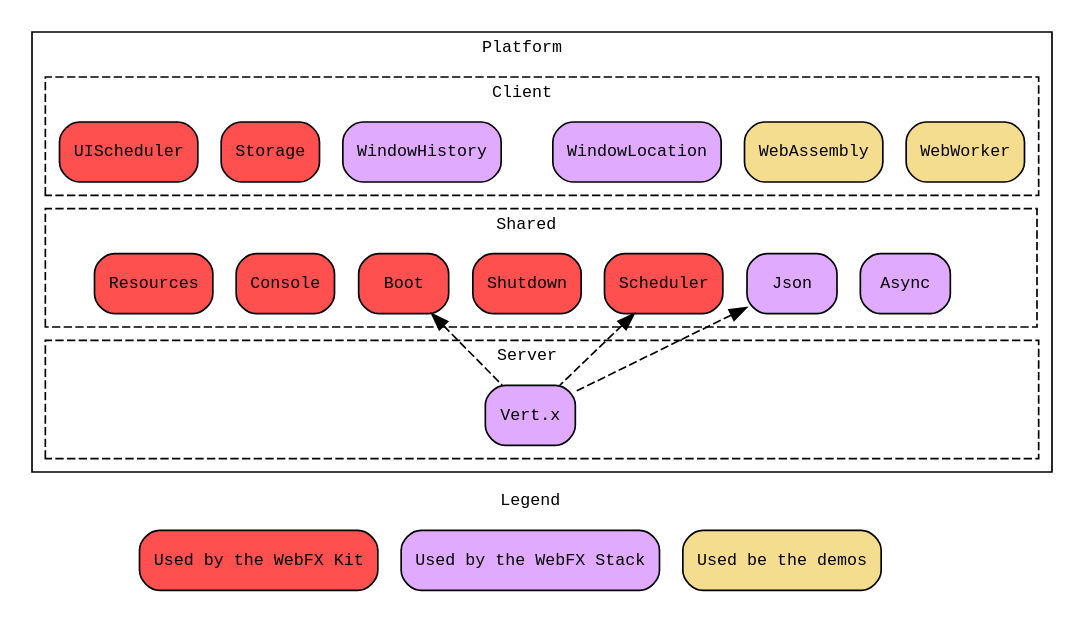
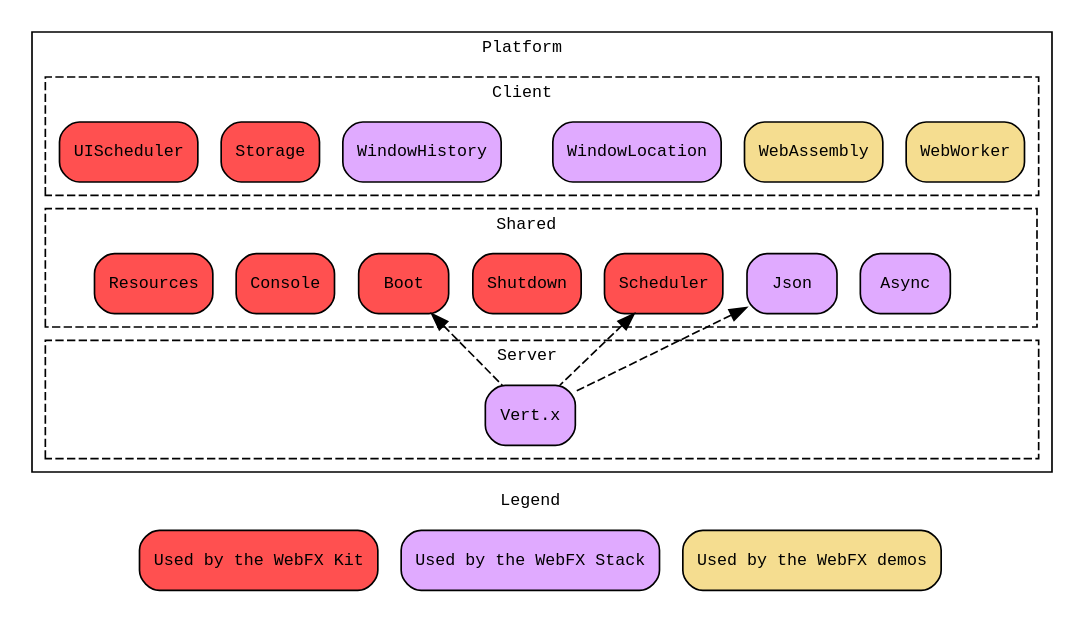
Before and after one commit to webfx-project/webfx-docs: the diagram in src/main/asciidoc/webfx-platform/webfx-platform.adoc, drawn with Graphviz.

Commit message:
Fixed typo in WebFX Platform diagram

```diff
--- a/src/main/asciidoc/webfx-platform/webfx-platform.adoc
+++ b/src/main/asciidoc/webfx-platform/webfx-platform.adoc
@@ -3,81 +3,81 @@
 [graphviz, webfx-platform, format=svg]
 ----
 digraph D {
     graph [compound=true, ranksep=0.3, nodesep=0.2, fontname=monospace, fontsize=10, splines=false]
     node [shape="rectangle", style="rounded,filled", fillcolor="#f5dd90", fontname=monospace, fontsize=10]
 
 
     subgraph cluster_P {
         label = "Platform    "
 
         subgraph cluster_C {
             style = "dashed"
             label = "Client    "
 
             UIScheduler [fillcolor="#ff5050"]
             Storage [fillcolor="#ff5050"]
             WindowHistory [fillcolor="#e0aaff"]
             PC [shape=point, style=invis]
             WindowLocation [fillcolor="#e0aaff"]
             WebAssembly
             WebWorker
 
             {rank=same UIScheduler Storage WindowHistory PC WindowLocation WebAssembly WebWorker}
             UIScheduler -> Storage -> WindowHistory -> PC -> WindowLocation -> WebAssembly -> WebWorker [style=invis]
         }
 
         subgraph cluster_SHR {
             label = "Shared   "
             style = "dashed"
 
             SHRL [shape=point, width=0.1, style=invis]
             Boot [fillcolor="#ff5050"]
             Resources [fillcolor="#ff5050"]
             Console [fillcolor="#ff5050"]
             Shutdown [fillcolor="#ff5050"]
             Scheduler [fillcolor="#ff5050"]
             Json [fillcolor="#e0aaff"]
             Async [fillcolor="#e0aaff"]
             SHRR [shape=point, width=0.41, style=invis]
 
             {rank=same SHRL Boot Resources Console Shutdown Scheduler Json Async SHRR}
             SHRL -> Resources -> Console -> Boot -> Shutdown -> Scheduler -> Json -> Async -> SHRR [style=invis]
         }
 
         subgraph cluster_S {
             label = "Server   "
             style = "dashed"
 
             SL [width=3.35, style=invis]
             Vertx [label="Vert.x", fillcolor="#e0aaff"]
             SR [width=3.55, style=invis]
 
             {rank=same SL Vertx SR}
             SL -> Vertx -> SR [style=invis]
         }
 
         Boot -> Vertx [dir=back,style=dashed]
         Scheduler -> Vertx [dir=back,style=dashed]
         Json -> Vertx [dir=back,style=dashed]
 
     }
 
     PC -> Shutdown [style=invis]
 
     subgraph cluster_L {
-        label = "     Legend"
+        label = "Legend  "
         style = "dashed"
         peripheries=0
 
         Kit [label="Used by the WebFX Kit", fillcolor="#ff5050"]
         Stack [label = "Used by the WebFX Stack", fillcolor="#e0aaff"]
-        Demos [label = "Used be the demos"]
+        Demos [label = "Used by the WebFX demos"]
 
         {rank=same Kit Stack Demos}
 
         Kit -> Stack -> Demos [style=invis]
     }
 
     Vertx -> Stack [style=invis]
 }
 ----
```
